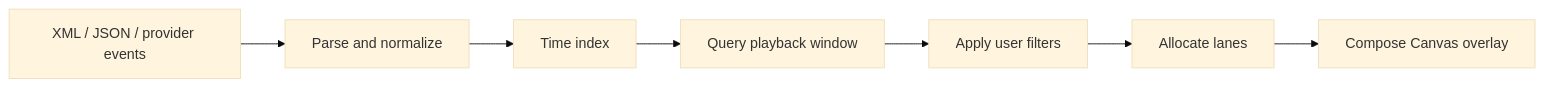
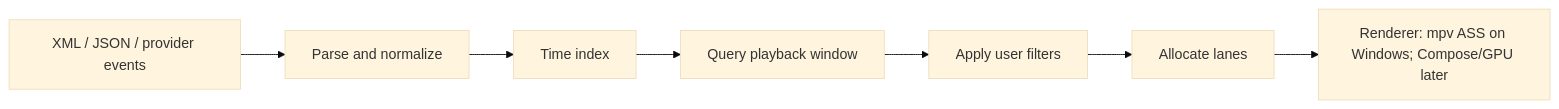
One commit to Energy0124/Danmaku changed the fourth of 4 diagrams in docs/architecture.md. Above: the diagram before and after it, drawn with Mermaid (base theme). The commit also changed other lines of this file and 9 other files, not shown here.

Commit message:
Update Windows playback docs and roadmap

````diff
--- a/docs/architecture.md
+++ b/docs/architecture.md
@@ -249,9 +254,9 @@
 ```mermaid
 flowchart LR
     Input["XML / JSON / provider events"] --> Parse["Parse and normalize"]
     Parse --> Index["Time index"]
     Index --> Query["Query playback window"]
     Query --> Filter["Apply user filters"]
     Filter --> Layout["Allocate lanes"]
-    Layout --> Canvas["Compose Canvas overlay"]
+    Layout --> Render["Renderer: mpv ASS on Windows; Compose/GPU later"]
 ```
````
